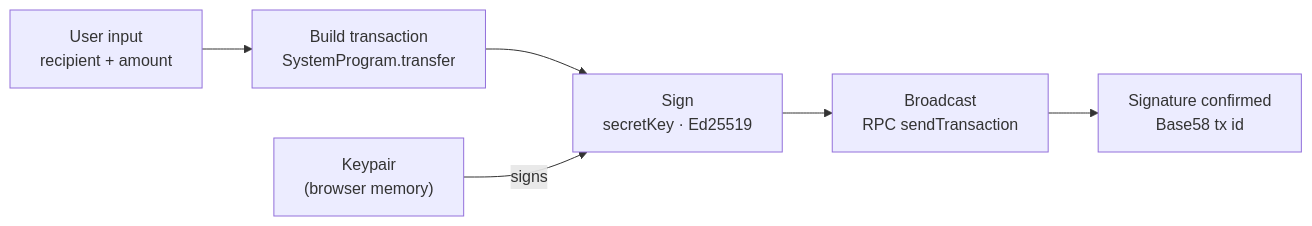
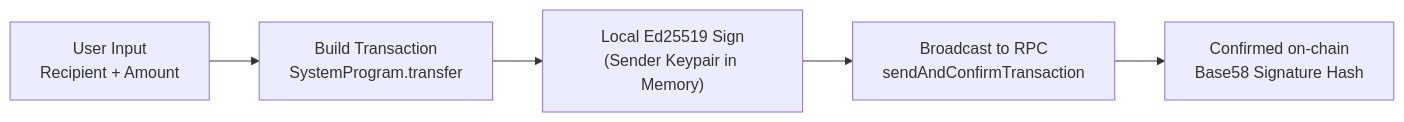
The second of 2 diagrams in README.md (Amitaarav/Aarav-Wallet), drawn with Mermaid before and after one commit. The commit also changed other lines of this file and 9 other files, not shown here.

````diff
--- a/README.md
+++ b/README.md
@@ -48,12 +40,7 @@
 ```mermaid
 flowchart LR
-    A["User input\nrecipient + amount"]
-    B["Build transaction\nSystemProgram.transfer"]
-    C["Sign\nsecretKey · Ed25519"]
-    D["Broadcast\nRPC sendTransaction"]
-    E["Signature confirmed\nBase58 tx id"]
-    K["Keypair\n(browser memory)"]
-
-    A --> B --> C --> D --> E
-    K -->|signs| C
+    A["User Input\nRecipient + Amount"] --> B["Build Transaction\nSystemProgram.transfer"]
+    B --> C["Local Ed25519 Sign\n(Sender Keypair in Memory)"]
+    C --> D["Broadcast to RPC\nsendAndConfirmTransaction"]
+    D --> E["Confirmed on-chain\nBase58 Signature Hash"]
 ```
````
